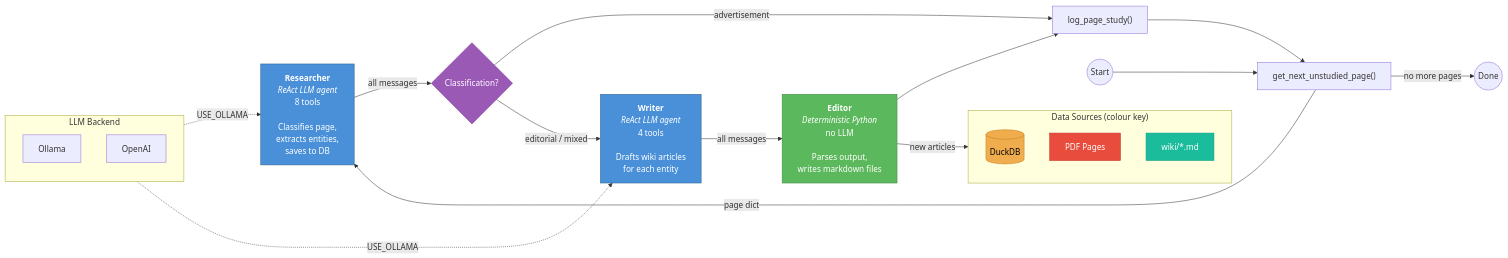
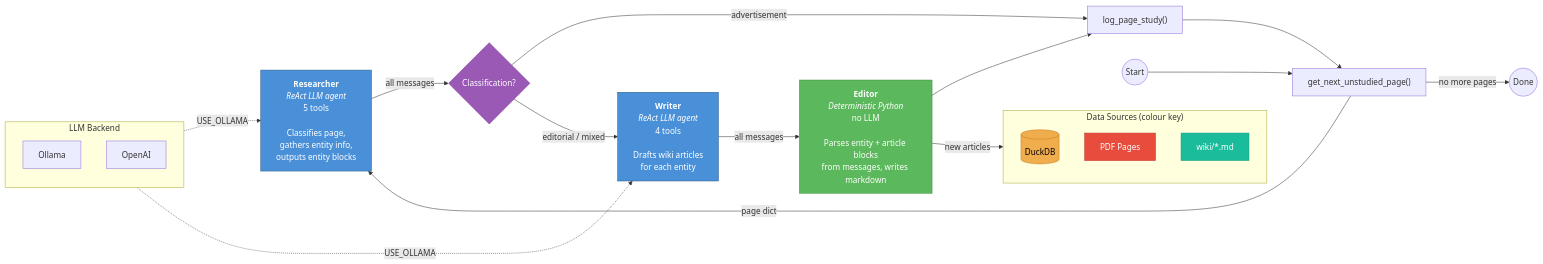
Before and after one commit to alastairrushworth/docswarm: the first of 4 diagrams in docs/swarm-flow.md, drawn with Mermaid. The commit also changed other lines of this file and 5 other files, not shown here.

````diff
--- a/docs/swarm-flow.md
+++ b/docs/swarm-flow.md
@@ -5,54 +5,54 @@
 ```mermaid
 flowchart LR
     subgraph KEY["Data Sources (colour key)"]
         direction TB
         DB[(DuckDB)]
         PDF["PDF Pages"]
         WIKI_IN["wiki/*.md"]
     end
 
     START((Start)) --> NEXT["get_next_unstudied_page()"]
     NEXT -->|"page dict"| RESEARCHER
 
-    RESEARCHER["<b>Researcher</b><br/><i>ReAct LLM agent</i><br/>8 tools<br/><br/>Classifies page,<br/>extracts entities,<br/>saves to DB"]
+    RESEARCHER["<b>Researcher</b><br/><i>ReAct LLM agent</i><br/>5 tools<br/><br/>Classifies page,<br/>gathers entity info,<br/>outputs entity blocks"]
 
     RESEARCHER -->|"all messages"| ROUTE{"Classification?"}
 
     ROUTE -->|"advertisement"| MARK["log_page_study()"]
     ROUTE -->|"editorial / mixed"| WRITER
 
     WRITER["<b>Writer</b><br/><i>ReAct LLM agent</i><br/>4 tools<br/><br/>Drafts wiki articles<br/>for each entity"]
 
     WRITER -->|"all messages"| EDITOR
 
-    EDITOR["<b>Editor</b><br/><i>Deterministic Python</i><br/>no LLM<br/><br/>Parses output,<br/>writes markdown files"]
+    EDITOR["<b>Editor</b><br/><i>Deterministic Python</i><br/>no LLM<br/><br/>Parses entity + article blocks<br/>from messages, writes markdown"]
 
     EDITOR -->|"new articles"| WIKI_IN
     EDITOR --> MARK
     MARK --> NEXT
     NEXT -->|"no more pages"| DONE((Done))
 
     subgraph LLM["LLM Backend"]
         direction TB
         OLLAMA["Ollama"]
         OPENAI["OpenAI"]
     end
 
     LLM -.->|"USE_OLLAMA"| RESEARCHER
     LLM -.->|"USE_OLLAMA"| WRITER
 
     %% Styling
     classDef srcDb fill:#f0ad4e,stroke:#c77f1a,color:#000
     classDef srcPdf fill:#e74c3c,stroke:#c0392b,color:#fff
     classDef srcWiki fill:#1abc9c,stroke:#16a085,color:#fff
     classDef agent fill:#4a90d9,stroke:#2c5f8a,color:#fff
     classDef deterministic fill:#5cb85c,stroke:#3d8b3d,color:#fff
     classDef decision fill:#9b59b6,stroke:#7d3c98,color:#fff
 
     class DB srcDb
     class PDF srcPdf
     class WIKI_IN srcWiki
     class RESEARCHER,WRITER agent
     class EDITOR deterministic
     class ROUTE decision
 ```
````
